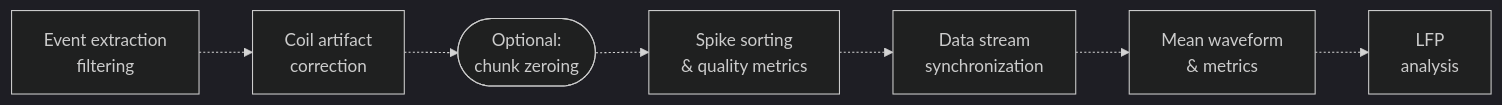
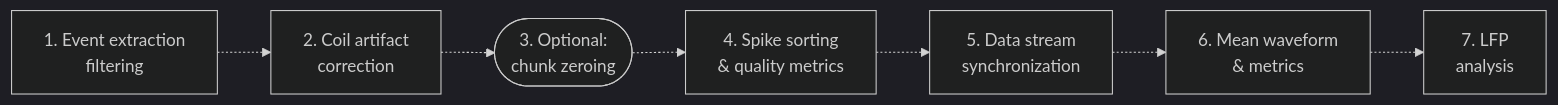
The diagram in README.md (LSENS-BMI-EPFL/ephys_preprocessing), drawn with Mermaid (dark theme) before and after one commit. The commit also changed other lines of this file, not shown here.

`````diff
--- a/README.md
+++ b/README.md
@@ -13,10 +13,10 @@
 ```mermaid
 graph LR
-    Step1["Event extraction <br/> filtering"] -.-> Step2["Coil artifact <br/> correction"]
-    Step2 -.-> Step3(["Optional: <br/> chunk zeroing"])
-    Step3 -.-> Step4["Spike sorting <br/> & quality metrics"]
-    Step4 -.-> Step5["Data stream <br/> synchronization"]
-    Step5 -.-> Step6["Mean waveform <br/> & metrics"]
-    Step6 -.-> Step7["LFP <br/> analysis"]
+    Step1["1. Event extraction <br/> filtering"] -.-> Step2["2. Coil artifact <br/> correction"]
+    Step2 -.-> Step3(["3. Optional: <br/> chunk zeroing"])
+    Step3 -.-> Step4["4. Spike sorting <br/> & quality metrics"]
+    Step4 -.-> Step5["5. Data stream <br/> synchronization"]
+    Step5 -.-> Step6["6. Mean waveform <br/> & metrics"]
+    Step6 -.-> Step7["7. LFP <br/> analysis"]
 
 ````
`````
